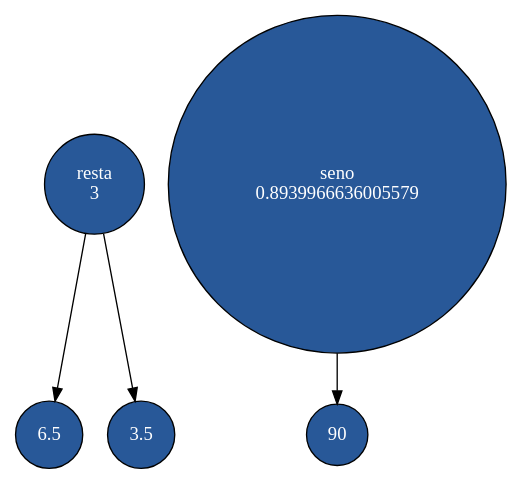
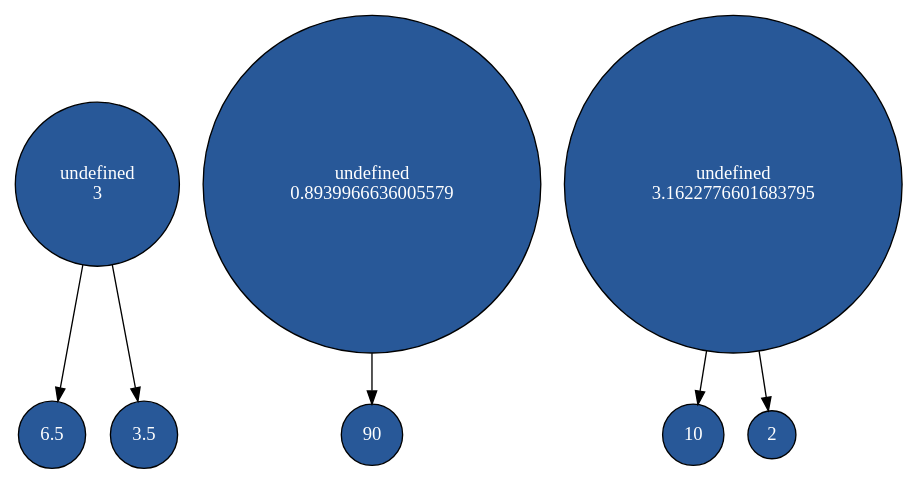
The diagram in src/backend/grafo.dot (JoshdlC/LFP_VD_2024_Proyecto2_202247844), drawn with Graphviz before and after one commit. The commit also changed 4 other files, not shown here.

```diff
--- a/src/backend/grafo.dot
+++ b/src/backend/grafo.dot
@@ -1,17 +1,22 @@
 digraph G { 
         node [shape="circle"];
         node [style=filled];
         node [fillcolor="#285898"];
         node [fontcolor="#FFFFFF"];
         node [fontname="Times-Roman"];
         edge [color="#000000"];
         rankdir=TB;
-        node0 [label="resta\n 3"];
+        node0 [label="undefined\n 3"];
 node1 [label="6.5"];
 node0 -> node1;
 node2 [label="3.5"];
 node0 -> node2;
-node3 [label="seno\n 0.8939966636005579"];
+node3 [label="undefined\n 0.8939966636005579"];
 node4 [label="90"];
 node3 -> node4;
+node5 [label="undefined\n 3.1622776601683795"];
+node6 [label="10"];
+node5 -> node6;
+node7 [label="2"];
+node5 -> node7;
 }
```
